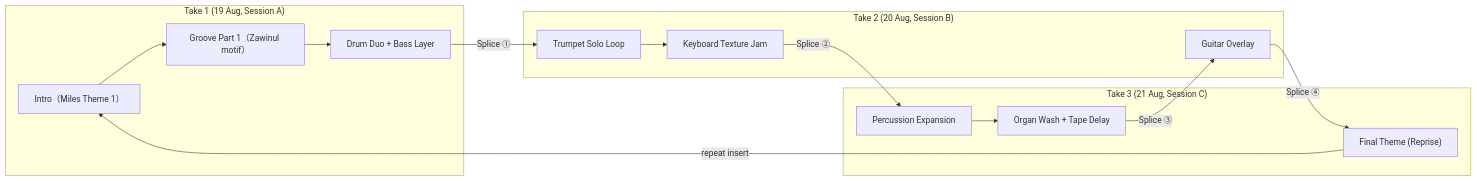
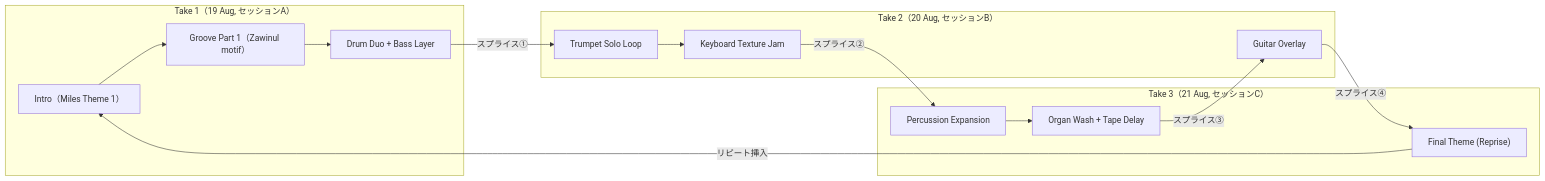
Before and after one commit to monumental-movement/monumental-movement.github.io: the eighth of 12 diagrams in en/_posts/2025-10-28-column-macero-miles.md, drawn with Mermaid. The commit also changed other lines of this file and 2196 other files, not shown here.

```diff
--- a/en/_posts/2025-10-28-column-macero-miles.md
+++ b/en/_posts/2025-10-28-column-macero-miles.md
@@ -350,29 +350,29 @@
 <div class="mermaid">
 
 flowchart LR
-    subgraph SessionA["Take 1 (19 Aug, Session A)"]
+    subgraph SessionA["Take 1（19 Aug, セッションA）"]
         A1["Intro（Miles Theme 1）"]
         A2["Groove Part 1（Zawinul motif）"]
         A3["Drum Duo + Bass Layer"]
     end
-    subgraph SessionB["Take 2 (20 Aug, Session B)"]
+    subgraph SessionB["Take 2（20 Aug, セッションB）"]
         B1["Trumpet Solo Loop"]
         B2["Keyboard Texture Jam"]
         B3["Guitar Overlay"]
     end
-    subgraph SessionC["Take 3 (21 Aug, Session C)"]
+    subgraph SessionC["Take 3（21 Aug, セッションC）"]
         C1["Percussion Expansion"]
         C2["Organ Wash + Tape Delay"]
         C3["Final Theme (Reprise)"]
     end
 
     A1 --> A2 --> A3
-    A3 -->|Splice ①| B1
-    B1 --> B2 -->|Splice ②| C1
-    C1 --> C2 -->|Splice ③| B3
-    B3 -->|Splice ④| C3
-    C3 -->|repeat insert| A1
+    A3 -->|スプライス①| B1
+    B1 --> B2 -->|スプライス②| C1
+    C1 --> C2 -->|スプライス③| B3
+    B3 -->|スプライス④| C3
+    C3 -->|リピート挿入| A1
 
     click A1 "https://en.wikipedia.org/wiki/Bitches_Brew" "Source: Bitches Brew session notes"
 
 </div>
```
